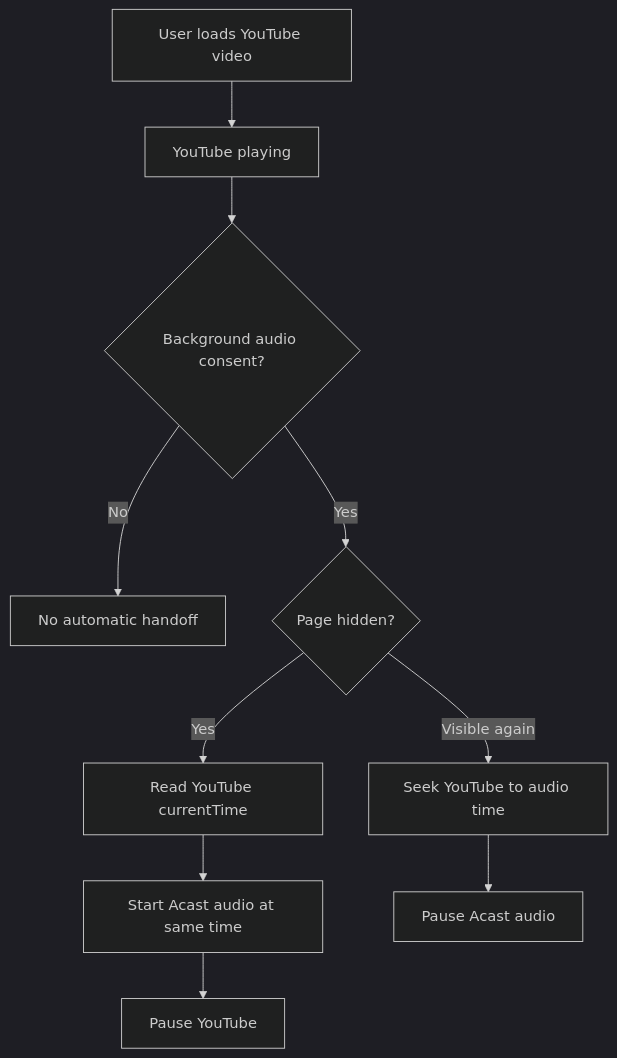
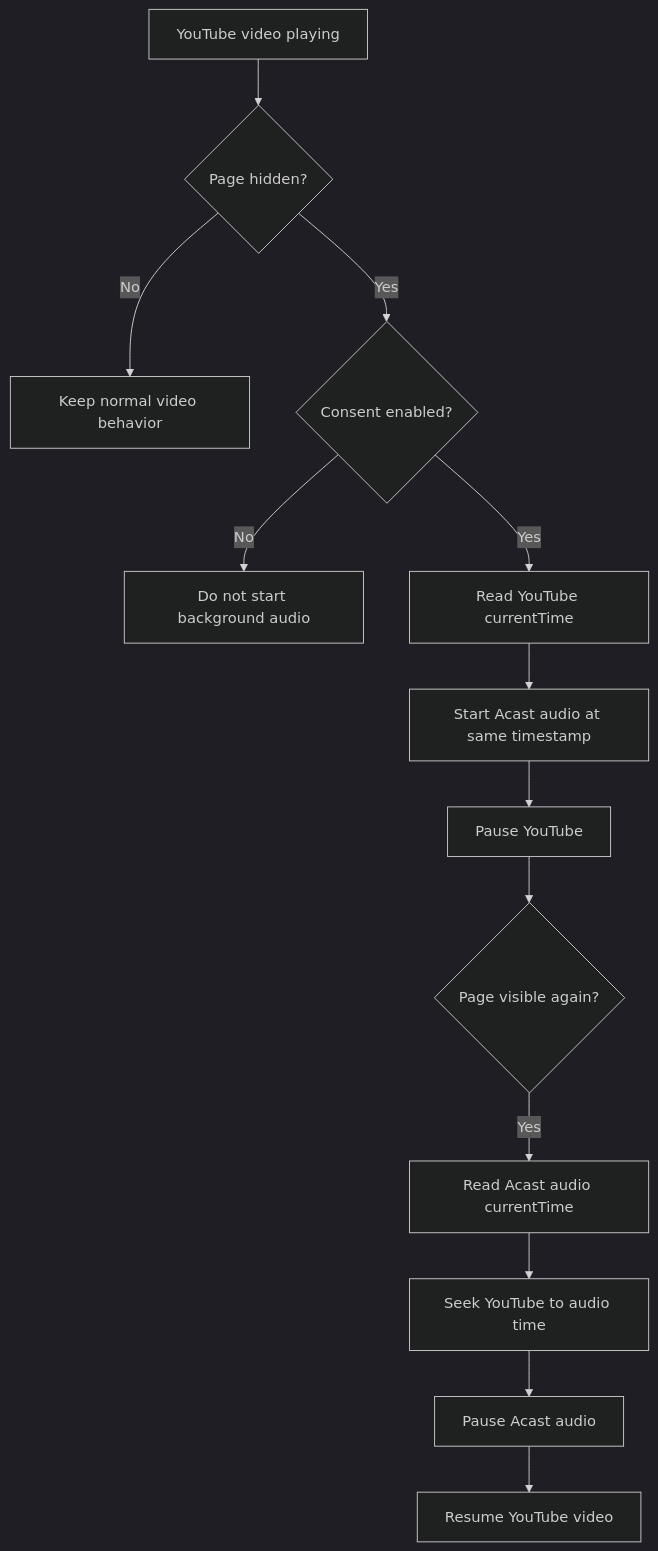
Diagram 12 of 12 in PROJECT_LEARNING_FLOW.md (bucketb0t/Earth_In_Sound), drawn with Mermaid (dark theme) before and after one commit. The commit also changed other lines of this file, not shown here.

````diff
--- a/PROJECT_LEARNING_FLOW.md
+++ b/PROJECT_LEARNING_FLOW.md
@@ -272,12 +4317,15 @@
 ```mermaid
 flowchart TD
-  User["User loads YouTube video"] --> Video["YouTube playing"]
-  Video --> Consent{"Background audio consent?"}
-  Consent -->|No| StayVideo["No automatic handoff"]
-  Consent -->|Yes| Hidden{"Page hidden?"}
-  Hidden -->|Yes| ReadTime["Read YouTube currentTime"]
-  ReadTime --> StartAudio["Start Acast audio at same time"]
+  VideoPlaying["YouTube video playing"] --> Hidden{"Page hidden?"}
+  Hidden -->|No| StayVideo["Keep normal video behavior"]
+  Hidden -->|Yes| Consent{"Consent enabled?"}
+  Consent -->|No| DoNothing["Do not start background audio"]
+  Consent -->|Yes| ReadVideoTime["Read YouTube currentTime"]
+  ReadVideoTime --> StartAudio["Start Acast audio at same timestamp"]
   StartAudio --> PauseVideo["Pause YouTube"]
-  Hidden -->|Visible again| ResumeVideo["Seek YouTube to audio time"]
-  ResumeVideo --> StopAudio["Pause Acast audio"]
+  PauseVideo --> Visible{"Page visible again?"}
+  Visible -->|Yes| ReadAudioTime["Read Acast audio currentTime"]
+  ReadAudioTime --> SeekVideo["Seek YouTube to audio time"]
+  SeekVideo --> PauseAudio["Pause Acast audio"]
+  PauseAudio --> PlayVideo["Resume YouTube video"]
 ```
````
